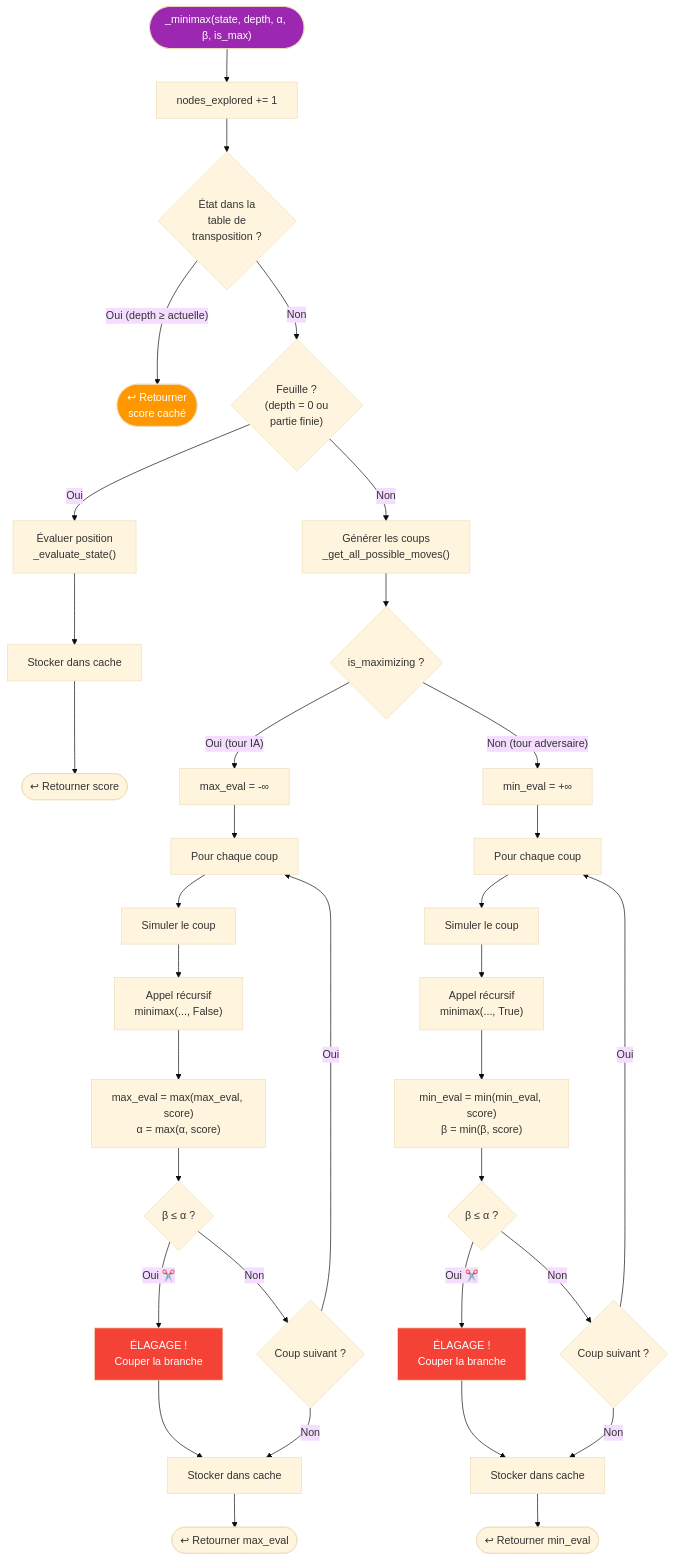
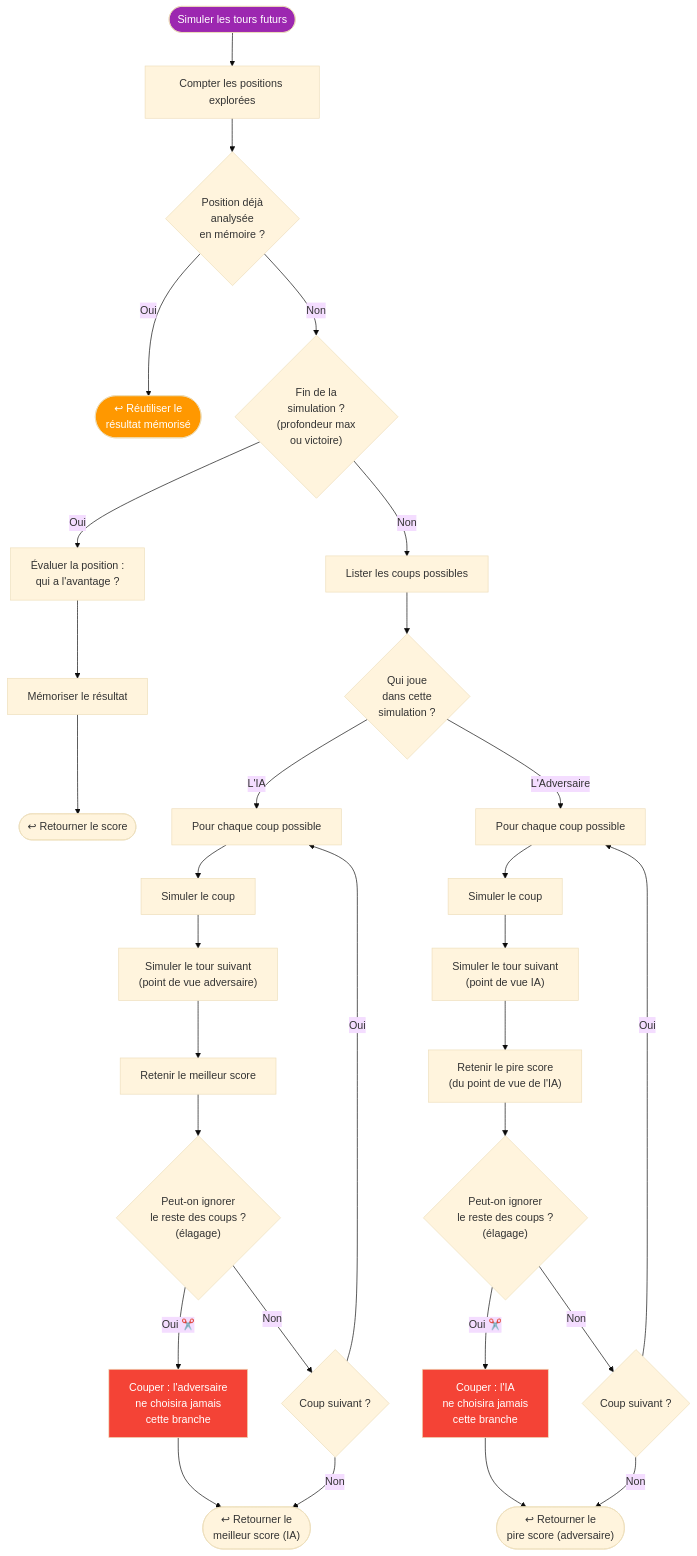
One commit to Silou1/Projet_mecatronique_I3 changed the second of 4 diagrams in flowcharts/02_logique_ia.md. Above: the diagram before and after it, drawn with Mermaid (base theme). The commit also changed other lines of this file and 3 other files, not shown here.

Commit message:
docs: simplify flowcharts with plain-language descriptions

````diff
--- a/flowcharts/02_logique_ia.md
+++ b/flowcharts/02_logique_ia.md
@@ -41,49 +43,45 @@
 ```mermaid
 flowchart TD
-    START(["_minimax(state, depth, α, β, is_max)"]) --> NODES["nodes_explored += 1"]
+    START(["Simuler les tours futurs"]) --> NODES["Compter les positions explorées"]
 
-    NODES --> CACHE{"État dans la<br/>table de<br/>transposition ?"}
-    CACHE -->|"Oui (depth ≥ actuelle)"| CACHE_HIT(["↩ Retourner<br/>score caché"])
-    CACHE -->|Non| LEAF
+    NODES --> CACHE{"Position déjà<br/>analysée<br/>en mémoire ?"}
+    CACHE -->|"Oui"| CACHE_HIT(["↩ Réutiliser le<br/>résultat mémorisé"])
+    CACHE -->|"Non"| LEAF
 
-    LEAF{"Feuille ?<br/>(depth = 0 ou<br/>partie finie)"}
-    LEAF -->|Oui| EVAL["Évaluer position<br/>_evaluate_state()"]
-    EVAL --> STORE_EVAL["Stocker dans cache"] --> RETURN_EVAL(["↩ Retourner score"])
+    LEAF{"Fin de la<br/>simulation ?<br/>(profondeur max<br/>ou victoire)"}
+    LEAF -->|Oui| EVAL["Évaluer la position :<br/>qui a l'avantage ?"]
+    EVAL --> STORE_EVAL["Mémoriser le résultat"] --> RETURN_EVAL(["↩ Retourner le score"])
 
-    LEAF -->|Non| GEN_MOVES["Générer les coups<br/>_get_all_possible_moves()"]
+    LEAF -->|Non| GEN_MOVES["Lister les coups possibles"]
 
-    GEN_MOVES --> IS_MAX{"is_maximizing ?"}
+    GEN_MOVES --> IS_MAX{"Qui joue<br/>dans cette<br/>simulation ?"}
 
     %% --- Branche MAX ---
-    IS_MAX -->|"Oui (tour IA)"| MAX_INIT["max_eval = -∞"]
-    MAX_INIT --> MAX_LOOP["Pour chaque coup"]
+    IS_MAX -->|"L'IA"| MAX_LOOP["Pour chaque coup possible"]
     MAX_LOOP --> MAX_SIM["Simuler le coup"]
-    MAX_SIM --> MAX_REC["Appel récursif<br/>minimax(..., False)"]
-    MAX_REC --> MAX_UPDATE["max_eval = max(max_eval, score)<br/>α = max(α, score)"]
-    MAX_UPDATE --> MAX_PRUNE{"β ≤ α ?"}
-    MAX_PRUNE -->|"Oui ✂️"| MAX_CUT["ÉLAGAGE !<br/>Couper la branche"]
-    MAX_CUT --> MAX_STORE
-    MAX_PRUNE -->|Non| MAX_NEXT{"Coup suivant ?"}
+    MAX_SIM --> MAX_REC["Simuler le tour suivant<br/>(point de vue adversaire)"]
+    MAX_REC --> MAX_UPDATE["Retenir le meilleur score"]
+    MAX_UPDATE --> MAX_PRUNE{"Peut-on ignorer<br/>le reste des coups ?<br/>(élagage)"}
+    MAX_PRUNE -->|"Oui ✂️"| MAX_CUT["Couper : l'adversaire<br/>ne choisira jamais<br/>cette branche"]
+    MAX_CUT --> MAX_RETURN
+    MAX_PRUNE -->|"Non"| MAX_NEXT{"Coup suivant ?"}
     MAX_NEXT -->|Oui| MAX_LOOP
-    MAX_NEXT -->|Non| MAX_STORE["Stocker dans cache"]
-    MAX_STORE --> MAX_RETURN(["↩ Retourner max_eval"])
+    MAX_NEXT -->|Non| MAX_RETURN(["↩ Retourner le<br/>meilleur score (IA)"])
 
     %% --- Branche MIN ---
-    IS_MAX -->|"Non (tour adversaire)"| MIN_INIT["min_eval = +∞"]
-    MIN_INIT --> MIN_LOOP["Pour chaque coup"]
+    IS_MAX -->|"L'Adversaire"| MIN_LOOP["Pour chaque coup possible"]
     MIN_LOOP --> MIN_SIM["Simuler le coup"]
-    MIN_SIM --> MIN_REC["Appel récursif<br/>minimax(..., True)"]
-    MIN_REC --> MIN_UPDATE["min_eval = min(min_eval, score)<br/>β = min(β, score)"]
-    MIN_UPDATE --> MIN_PRUNE{"β ≤ α ?"}
-    MIN_PRUNE -->|"Oui ✂️"| MIN_CUT["ÉLAGAGE !<br/>Couper la branche"]
-    MIN_CUT --> MIN_STORE
-    MIN_PRUNE -->|Non| MIN_NEXT{"Coup suivant ?"}
+    MIN_SIM --> MIN_REC["Simuler le tour suivant<br/>(point de vue IA)"]
+    MIN_REC --> MIN_UPDATE["Retenir le pire score<br/>(du point de vue de l'IA)"]
+    MIN_UPDATE --> MIN_PRUNE{"Peut-on ignorer<br/>le reste des coups ?<br/>(élagage)"}
+    MIN_PRUNE -->|"Oui ✂️"| MIN_CUT["Couper : l'IA<br/>ne choisira jamais<br/>cette branche"]
+    MIN_CUT --> MIN_RETURN
+    MIN_PRUNE -->|"Non"| MIN_NEXT{"Coup suivant ?"}
     MIN_NEXT -->|Oui| MIN_LOOP
-    MIN_NEXT -->|Non| MIN_STORE["Stocker dans cache"]
-    MIN_STORE --> MIN_RETURN(["↩ Retourner min_eval"])
+    MIN_NEXT -->|Non| MIN_RETURN(["↩ Retourner le<br/>pire score (adversaire)"])
 
     style START fill:#9C27B0,color:#fff
     style MAX_CUT fill:#f44336,color:#fff
     style MIN_CUT fill:#f44336,color:#fff
     style CACHE_HIT fill:#FF9800,color:#fff
 ```
````
